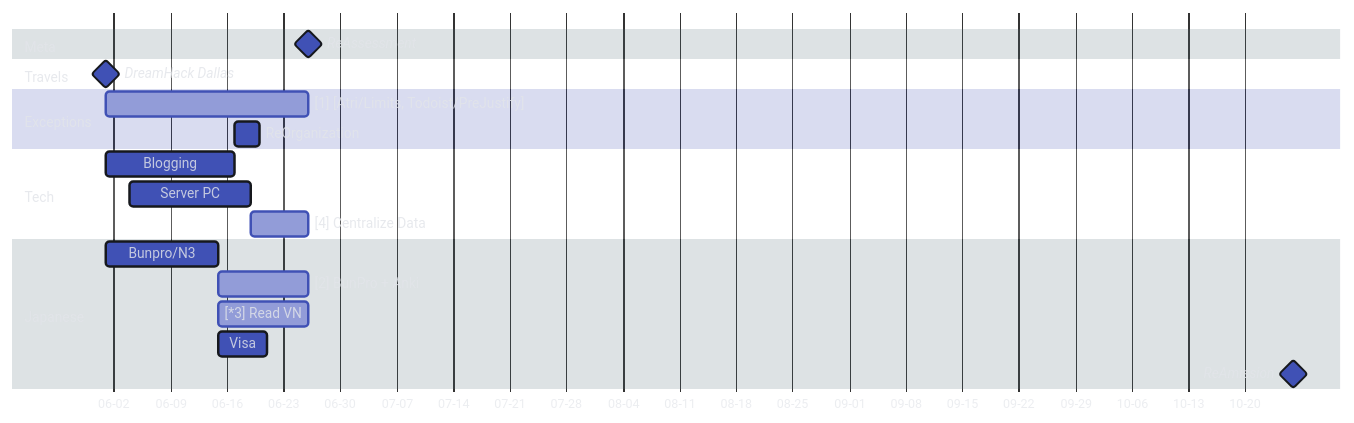
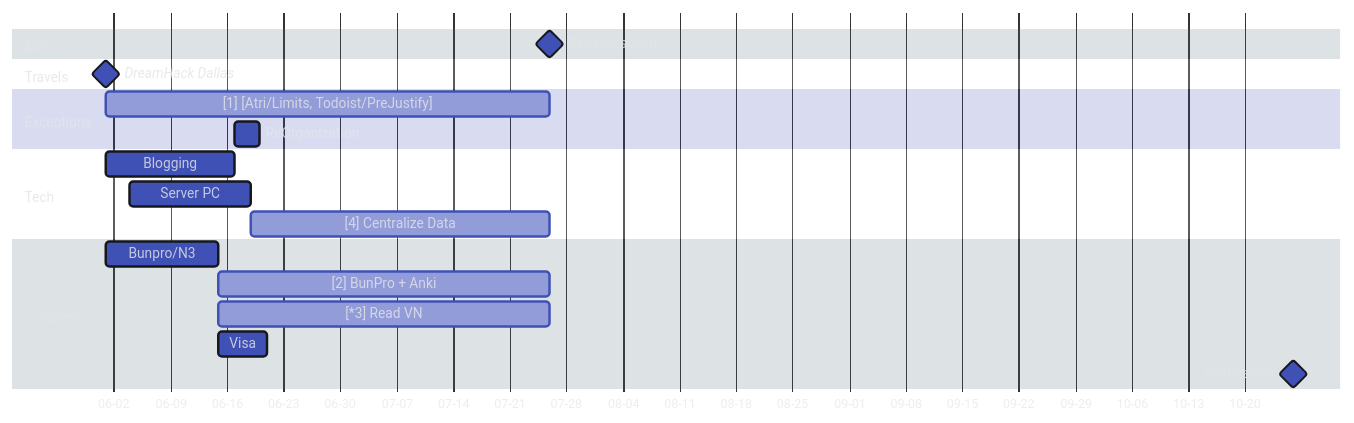
The first of 2 diagrams in docs/index.md (Serralq/Project-Norn), drawn with Mermaid before and after one commit.

Commit message:
(project) Update 2/27 ReAssessment

````diff
--- a/docs/index.md
+++ b/docs/index.md
@@ -49,46 +49,46 @@
     ``` mermaid
     %%{
       init: {
         'theme': 'base',
         'themeVariables': {
           'darkMode': 'true',
           'fontFamily': 'hermit',
           'primaryColor': '#4051b5',
           'primaryBorderColor': '#16181D',
           'tertiaryColor': '#546d78',
           'tertiaryTextColor': '#E2E4E9D1',
           'textColor': '#E2E4E9D1',
           'noteTextColor': '#E2E4E9D1'
         }
       }
     }%%
     gantt
       dateFormat YY-MM-DD
       axisFormat %m-%d
       tickInterval 1week
       todayMarker stroke-width:3px,stroke:#E2E4E9,opacity:0.5
 
       section Meta
-        ReAssessment              :milestone,  m1, 24-06-26, 0d
+        ReAssessment              :milestone,  m1, 24-07-26, 0d
 
       section Travels
         DreamHack Dallas          :milestone,  v1 , 24-06-01, 0d
       section Exceptions
         [1] [Atri/Limits, Todoist/PreJustify]            :active,     m2 , 24-06-01, until m1
         ReOrganization            :            m3 , 24-06-17, 24-06-20
       section Tech
         Blogging                  :            t1 , 24-06-01, 24-06-17
         Server PC                 :            t2 , 24-06-04, 24-06-19
         [4] Centralize Data           :active,     t3 , 24-06-19, until m1
 
       section Japanese
         Bunpro/N3                 :            j1 , 24-06-01, 24-06-15
         [2] BunPro + Anki             :active,     j2 , after j1, until m1
         [*3] Read VN                  :active,     j3 , after j1, until m1
         Visa                      :            j4 , 24-06-15, 24-06-21
 
         %% Futures
         ReAmission                :milestone,  j10, 24-10-26, 0d
       section Stationaries
 
     ```
````
